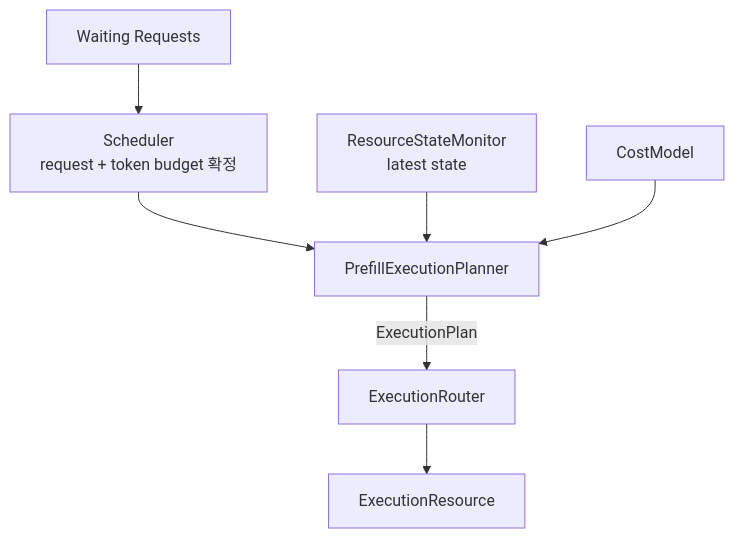
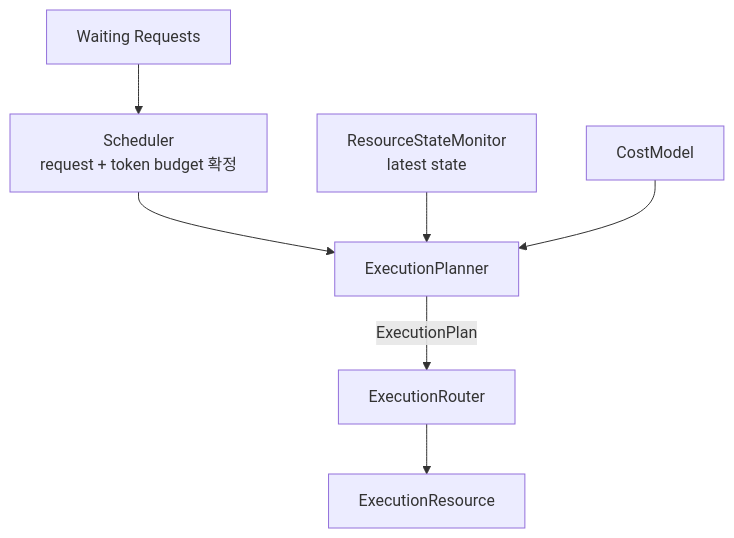
Before and after one commit to mkim0628/vllm: the second of 3 diagrams in doc-mk/DP2/dp2-prefill-execution-planning-decision-timing.md, drawn with Mermaid. The commit also changed other lines of this file and 7 other files, not shown here.

First line of the commit message:
DP2: Prefill/Decode execution planning scope, QA set and evaluation design

```diff
--- a/doc-mk/DP2/dp2-prefill-execution-planning-decision-timing.md
+++ b/doc-mk/DP2/dp2-prefill-execution-planning-decision-timing.md
@@ -85,15 +99,15 @@
 ~~~mermaid
 flowchart TD
     W["Waiting Requests"]
     S["Scheduler<br/>request + token budget 확정"]
-    P["PrefillExecutionPlanner"]
+    P["ExecutionPlanner"]
     R["ResourceStateMonitor<br/>latest state"]
     C["CostModel"]
     E["ExecutionRouter"]
     X["ExecutionResource"]
 
     W --> S --> P
     R --> P
     C --> P
     P -->|"ExecutionPlan"| E --> X
 ~~~
```
